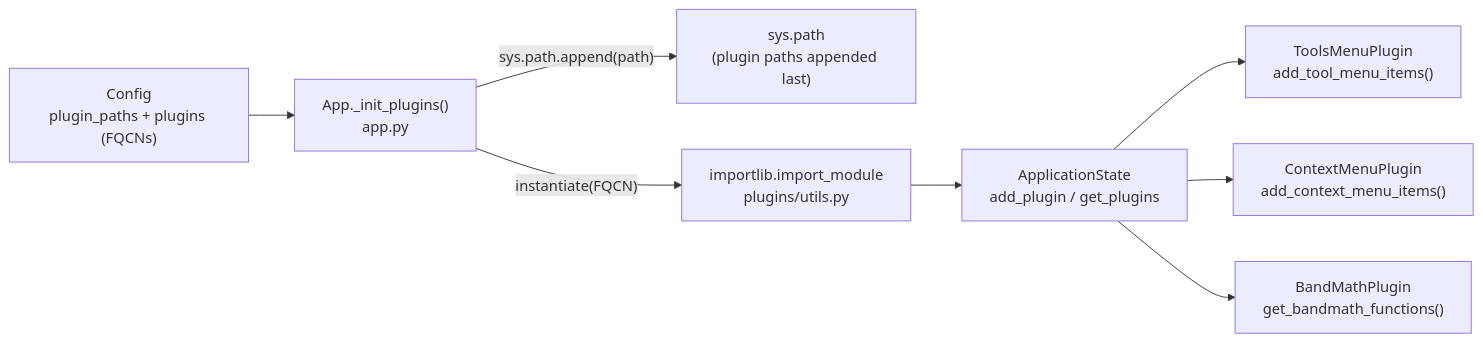
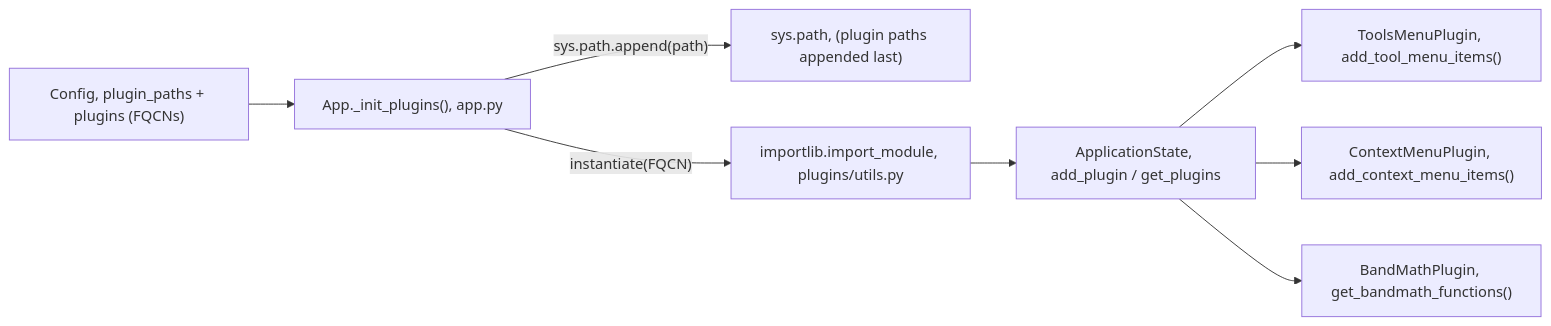
Before and after one commit to Ehlmann-research-group/WISER: the first of 3 diagrams in doc/sphinx-general-wiser-docs/source/developer-content/plugin-system.md, drawn with Mermaid. The commit also changed other lines of this file, not shown here.

````diff
--- a/doc/sphinx-general-wiser-docs/source/developer-content/plugin-system.md
+++ b/doc/sphinx-general-wiser-docs/source/developer-content/plugin-system.md
@@ -29,10 +29,10 @@
 ```{mermaid}
 flowchart LR
-    CFG["Config\nplugin_paths + plugins (FQCNs)"] --> INIT["App._init_plugins()\napp.py"]
-    INIT -->|"sys.path.append(path)"| SP["sys.path\n(plugin paths appended last)"]
-    INIT -->|"instantiate(FQCN)"| IMP["importlib.import_module\nplugins/utils.py"]
-    IMP --> STORE["ApplicationState\nadd_plugin / get_plugins"]
-    STORE --> TOOLS["ToolsMenuPlugin\nadd_tool_menu_items()"]
-    STORE --> CTX["ContextMenuPlugin\nadd_context_menu_items()"]
-    STORE --> BM["BandMathPlugin\nget_bandmath_functions()"]
+    CFG["Config, plugin_paths + plugins (FQCNs)"] --> INIT["App._init_plugins(), app.py"]
+    INIT -->|"sys.path.append(path)"| SP["sys.path, (plugin paths appended last)"]
+    INIT -->|"instantiate(FQCN)"| IMP["importlib.import_module, plugins/utils.py"]
+    IMP --> STORE["ApplicationState, add_plugin / get_plugins"]
+    STORE --> TOOLS["ToolsMenuPlugin, add_tool_menu_items()"]
+    STORE --> CTX["ContextMenuPlugin, add_context_menu_items()"]
+    STORE --> BM["BandMathPlugin, get_bandmath_functions()"]
 ```
````
